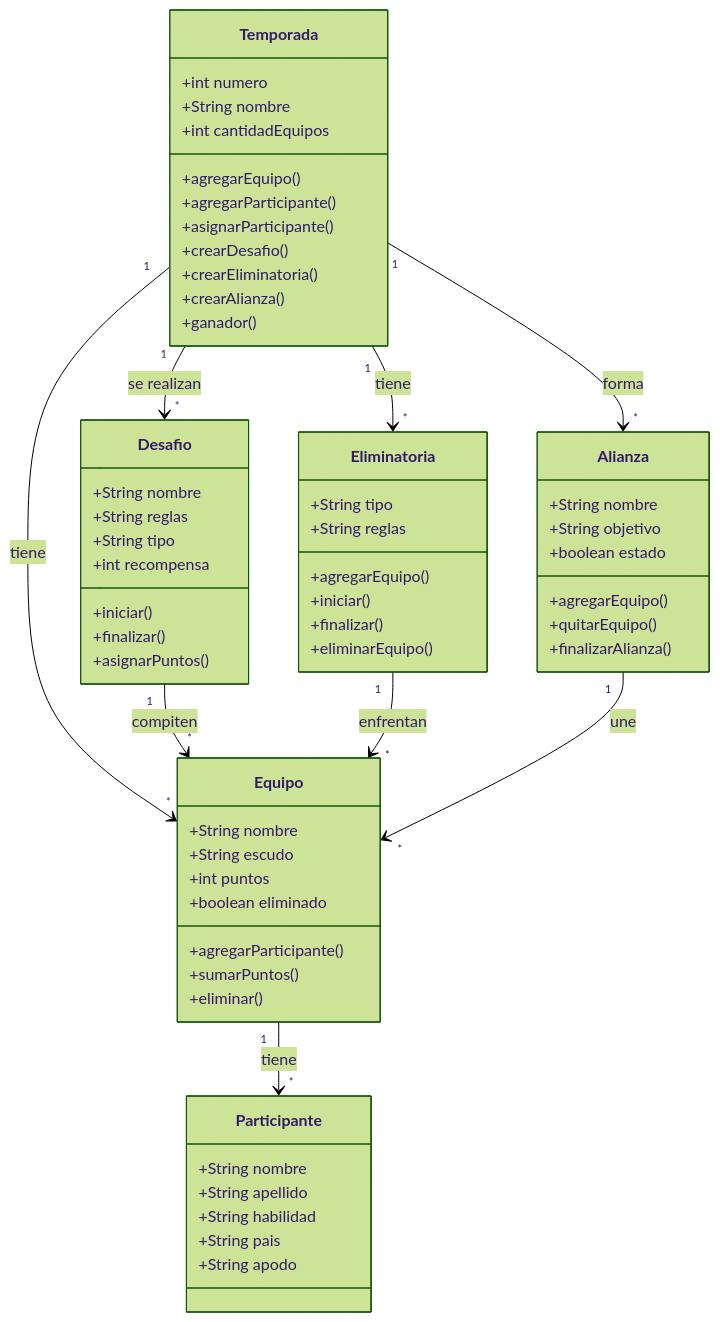
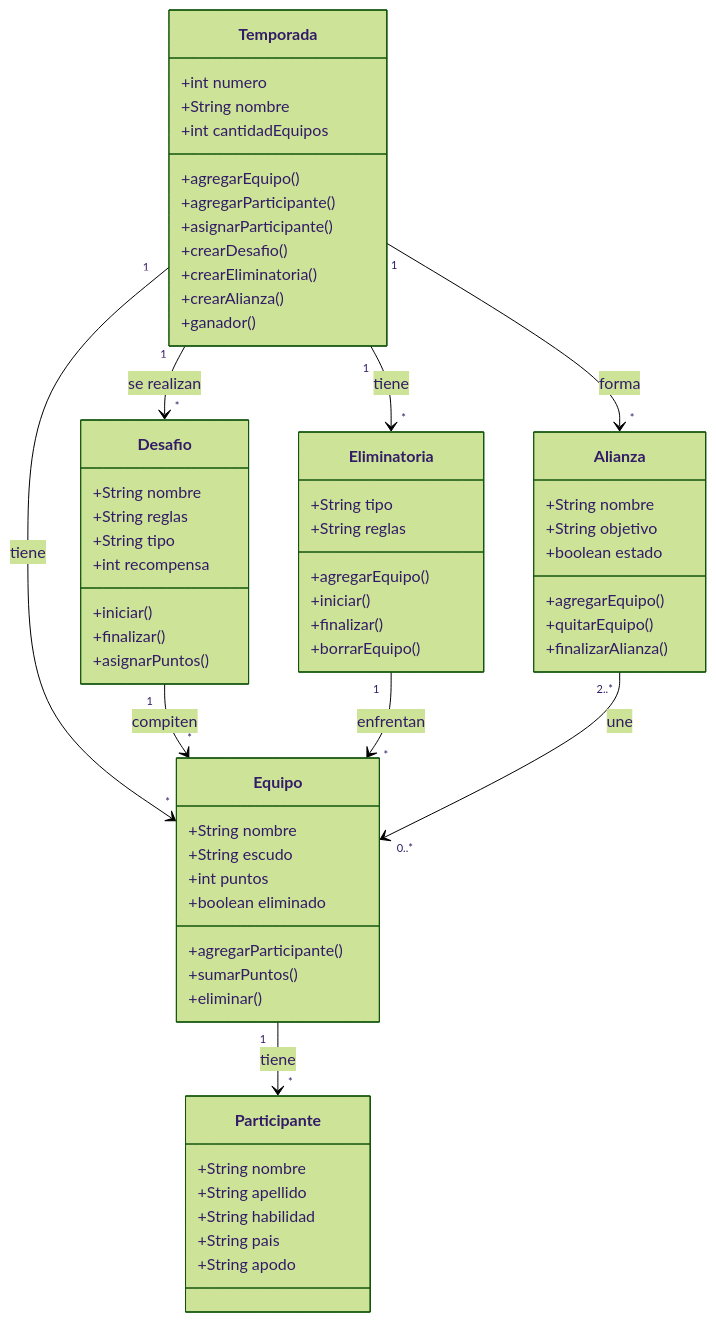
The diagram in docs/Clases.mmd (Villada-PG3/trabajo-practico-integrador-the_challenge_island), drawn with Mermaid (forest theme) before and after one commit.

Commit message:
Actualizacion UML

```diff
--- a/docs/Clases.mmd
+++ b/docs/Clases.mmd
@@ -1,78 +1,153 @@
 classDiagram
 
 class Temporada {
+
     +int numero
+
     +String nombre
+
     +int cantidadEquipos
 
+
+
     +agregarEquipo()
-    +agregarParticipante()
-    +asignarParticipante()
-    +crearDesafio()
-    +crearEliminatoria()
-    +crearAlianza()
-    +ganador()
-}
-
-class Equipo {
-    +String nombre
-    +String escudo
-    +int puntos
-    +boolean eliminado
 
     +agregarParticipante()
-    +sumarPuntos()
-    +eliminar()
-}
 
-class Participante {
-    +String nombre
-    +String apellido
-    +String habilidad
-    +String pais
-    +String apodo
+    +asignarParticipante()
+
+    +crearDesafio()
+
+    +crearEliminatoria()
+
+    +crearAlianza()
+
+    +ganador()
+
 }
 
 
+
+class Equipo {
+
+    +String nombre
+
+    +String escudo
+
+    +int puntos
+
+    +boolean eliminado
+
+
+
+    +agregarParticipante()
+
+    +sumarPuntos()
+
+    +eliminar()
+
+}
+
+
+
+class Participante {
+
+    +String nombre
+
+    +String apellido
+
+    +String habilidad
+
+    +String pais
+
+    +String apodo
+
+}
+
+
+
+
+
 class Desafio {
+
     +String nombre
+
     +String reglas
+
     +String tipo
+
     +int recompensa
 
+
+
     +iniciar()
+
     +finalizar()
+
     +asignarPuntos()
+
 }
 
+
+
 class Eliminatoria {
+
     +String tipo
+
     +String reglas
 
+
+
     +agregarEquipo()
+
     +iniciar()
+
     +finalizar()
-    +eliminarEquipo()
+
+    +borrarEquipo()
+
 }
 
+
+
 class Alianza {
+
     +String nombre
+
     +String objetivo
+
     +boolean estado
 
+
+
     +agregarEquipo()
+
     +quitarEquipo()
+
     +finalizarAlianza()
+
 }
 
+
+
 Temporada "1" --> "*" Equipo : tiene
+
 Equipo "1" --> "*" Participante : tiene
 
+
+
 Temporada "1" --> "*" Desafio : se realizan
+
 Desafio "1" --> "*" Equipo : compiten
 
+
+
 Temporada "1" --> "*" Eliminatoria : tiene
+
 Eliminatoria "1" --> "*" Equipo : enfrentan
 
+
+
 Temporada "1" --> "*" Alianza : forma
-Alianza "1" --> "*" Equipo : une
+
+Alianza "2..*" --> "0..*" Equipo : une
```
